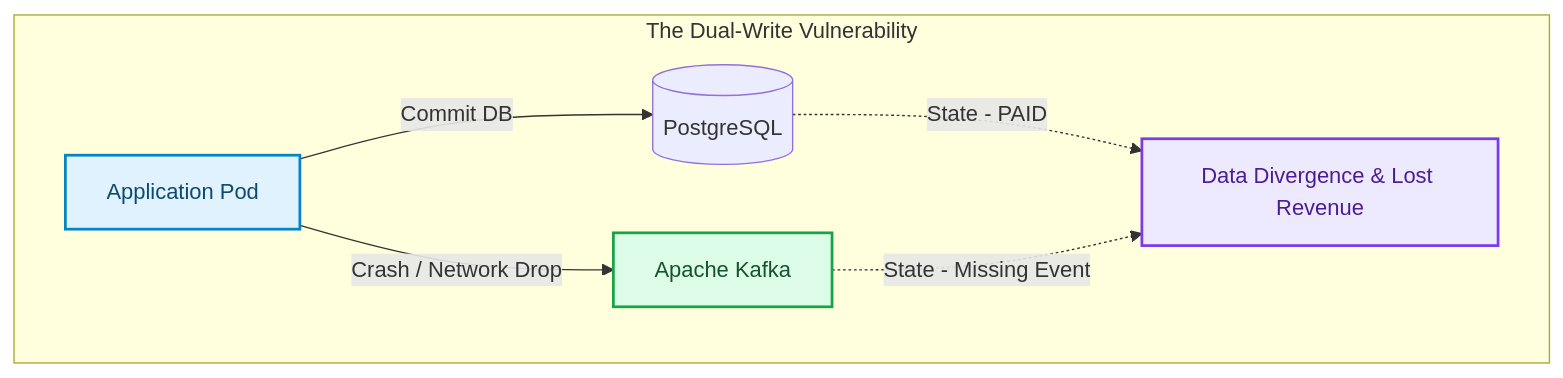
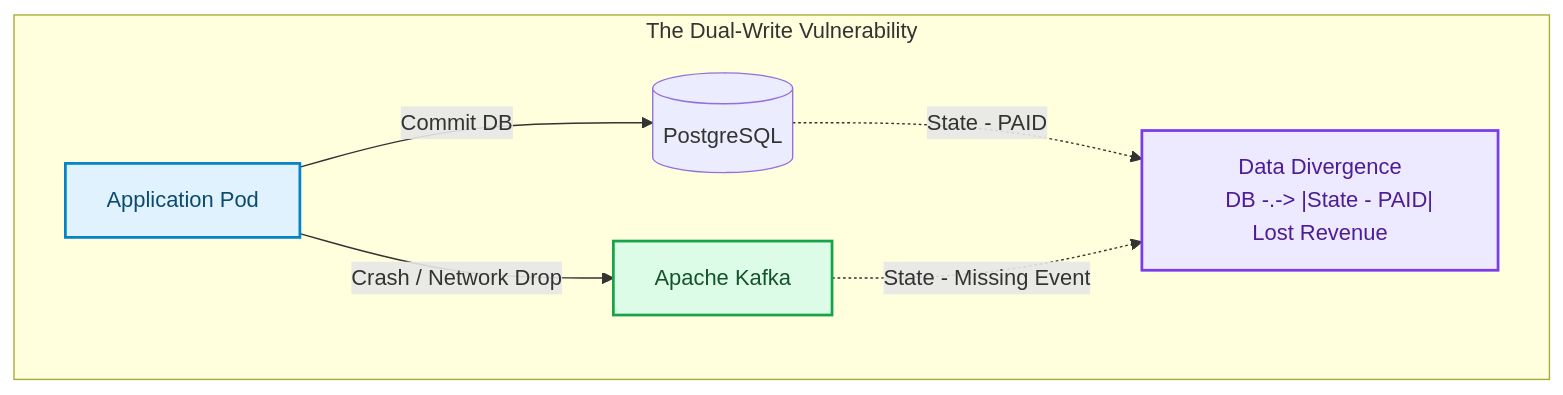
The third of 5 diagrams in blog/posts/7-fatal-microservices-gotchas-uber-netflix-discord-aws.md (akmalkhaniub/akmalkhaniub.github.io), drawn with Mermaid before and after one commit. The commit also changed other lines of this file and 894 other files, not shown here.

Commit message:
feat(blog): upgrade all 444 posts with unique staggered dates, 2-col Mermaid spines, benchmark tables, code blocks, and trade-offs

````diff
--- a/blog/posts/7-fatal-microservices-gotchas-uber-netflix-discord-aws.md
+++ b/blog/posts/7-fatal-microservices-gotchas-uber-netflix-discord-aws.md
@@ -104,18 +104,19 @@
 ```mermaid
 flowchart TD
   subgraph SG2_TheDualWrite ["The Dual-Write Vulnerability"]
     App["Application Pod"] -->|Commit DB| DB[(PostgreSQL)]
     App -->|Crash / Network Drop| Kafka["Apache Kafka"]
-    DB -.->|State - PAID| Desync["Data Divergence & Lost Revenue"]
+    DB -.-> |State - PAID| Desync["Data Divergence
+    DB -.-> |State - PAID| Lost Revenue"]
     Kafka -.->|State - Missing Event| Desync
   end
 
 classDef green fill:#dcfce7,stroke:#16a34a,stroke-width:2px,color:#14532d;
 classDef red fill:#fee2e2,stroke:#dc2626,stroke-width:2px,color:#7f1d1d;
 classDef blue fill:#e0f2fe,stroke:#0284c7,stroke-width:2px,color:#0c4a6e;
 classDef yellow fill:#fef3c7,stroke:#d97706,stroke-width:2px,color:#78350f;
 classDef purple fill:#ede9fe,stroke:#7c3aed,stroke-width:2px,color:#4c1d95;
 class App blue
 class Kafka green
 class Desync purple
 ```
````
